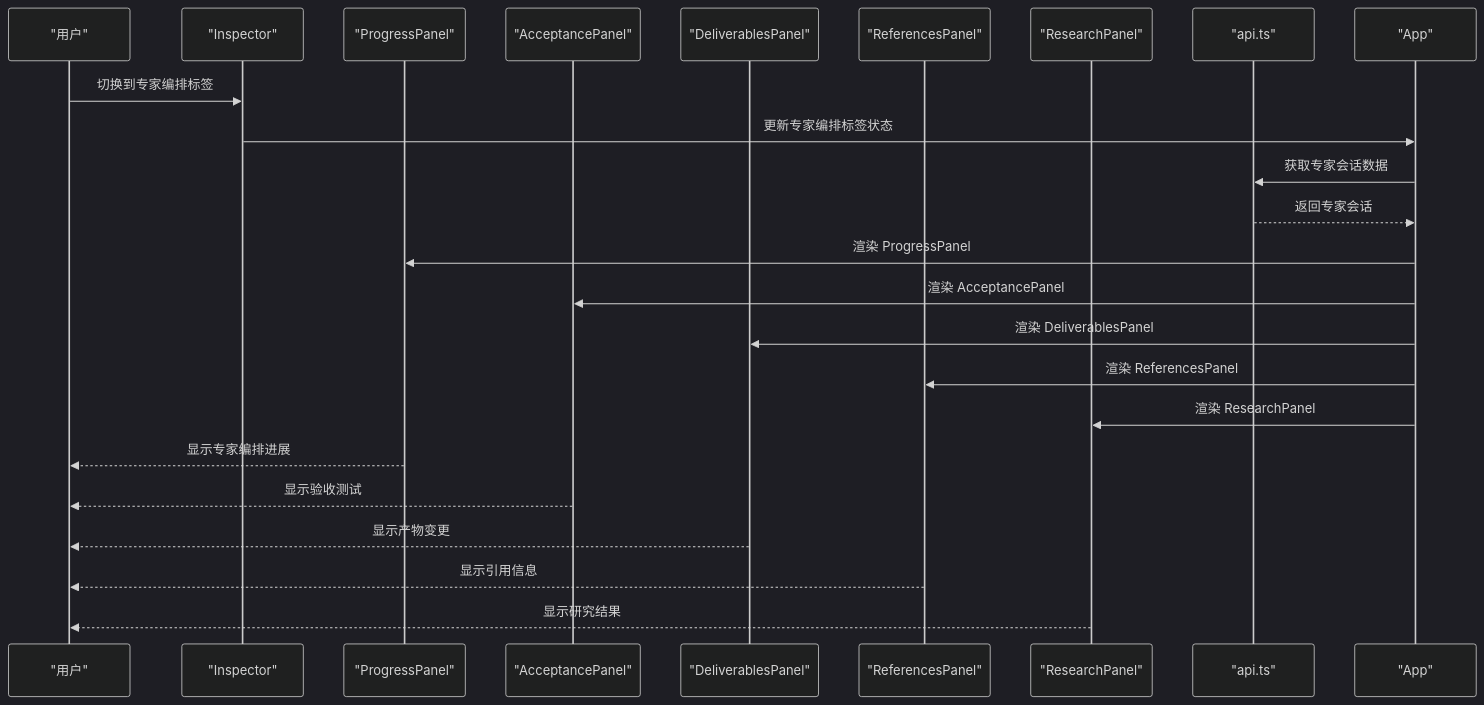
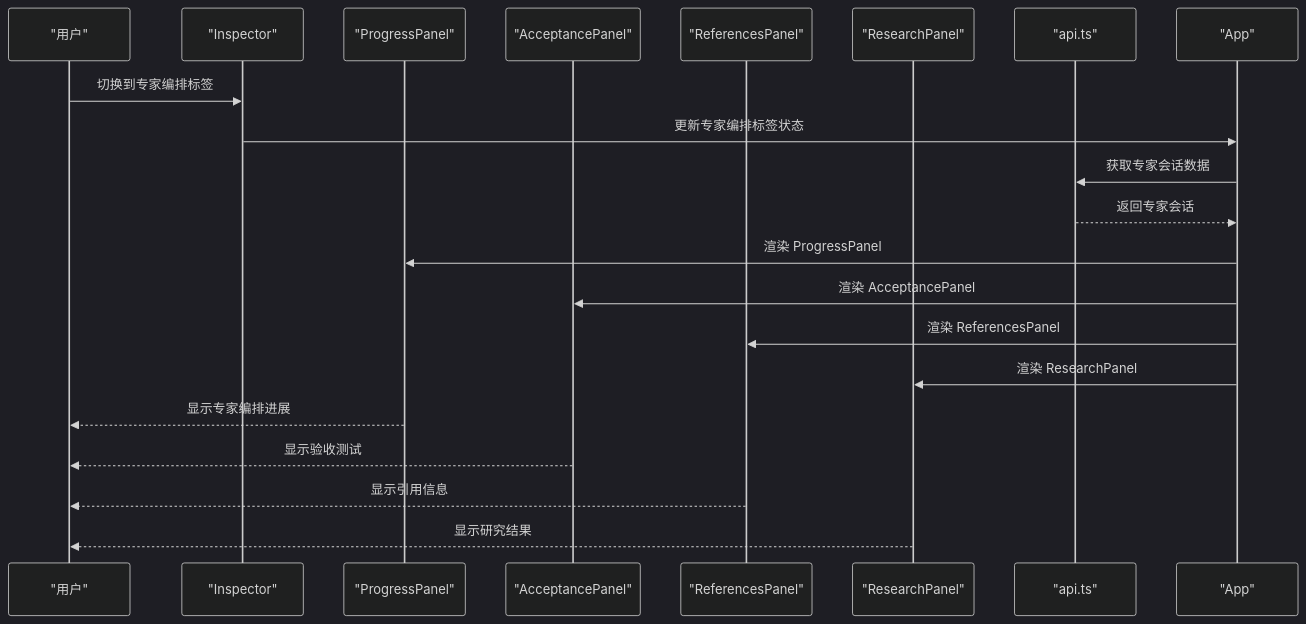
Before and after one commit to coconilu/RepoHelm: diagram 17 of 23 in .qoder/repowiki/zh/content/Web 前端应用/Web 前端应用.md, drawn with Mermaid (dark theme). The commit also changed other lines of this file and 7 other files, not shown here.

````diff
--- a/.qoder/repowiki/zh/content/Web 前端应用/Web 前端应用.md
+++ b/.qoder/repowiki/zh/content/Web 前端应用/Web 前端应用.md
@@ -1114,26 +1169,23 @@
 ```mermaid
 sequenceDiagram
 participant U as "用户"
 participant I as "Inspector"
 participant PP as "ProgressPanel"
 participant AP as "AcceptancePanel"
-participant DP as "DeliverablesPanel"
 participant RP as "ReferencesPanel"
 participant RSP as "ResearchPanel"
 participant API as "api.ts"
 participant A as "App"
 U->>I : 切换到专家编排标签
 I->>A : 更新专家编排标签状态
 A->>API : 获取专家会话数据
 API-->>A : 返回专家会话
 A->>PP : 渲染 ProgressPanel
 A->>AP : 渲染 AcceptancePanel
-A->>DP : 渲染 DeliverablesPanel
 A->>RP : 渲染 ReferencesPanel
 A->>RSP : 渲染 ResearchPanel
 PP-->>U : 显示专家编排进展
 AP-->>U : 显示验收测试
-DP-->>U : 显示产物变更
 RP-->>U : 显示引用信息
 RSP-->>U : 显示研究结果
 ```
````
